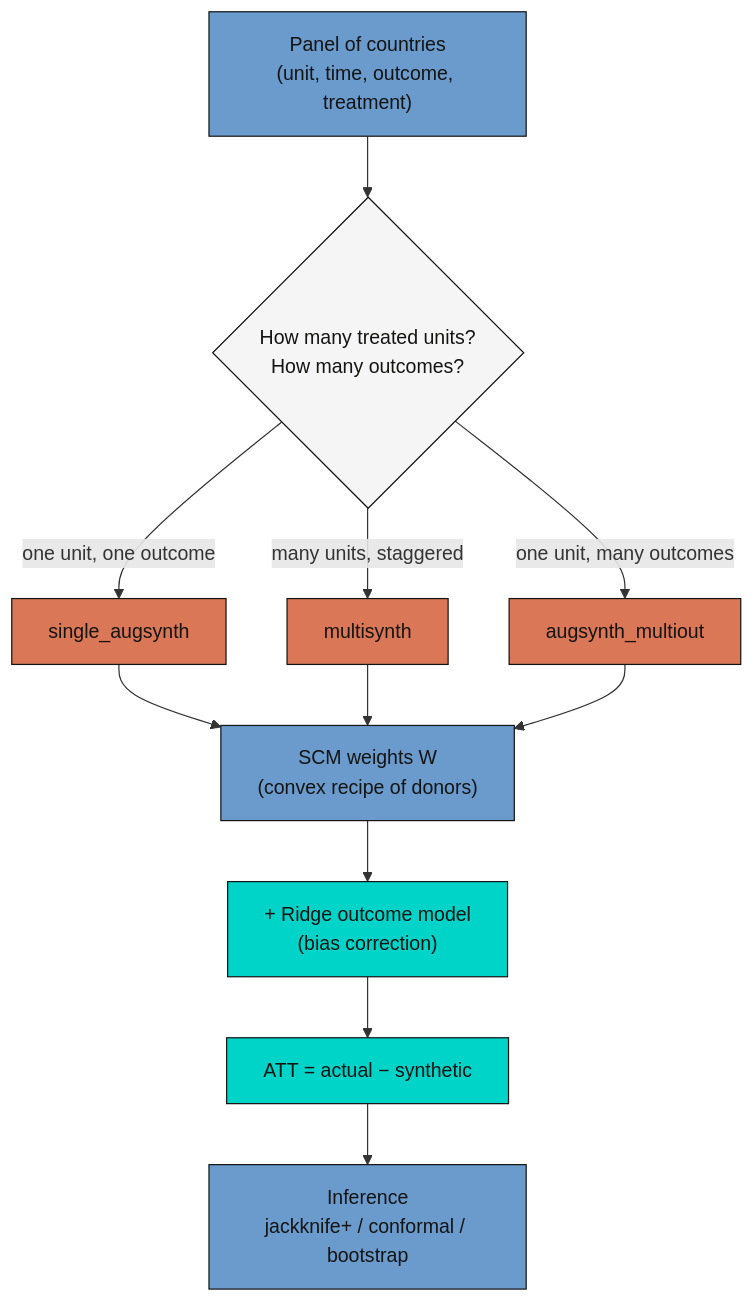
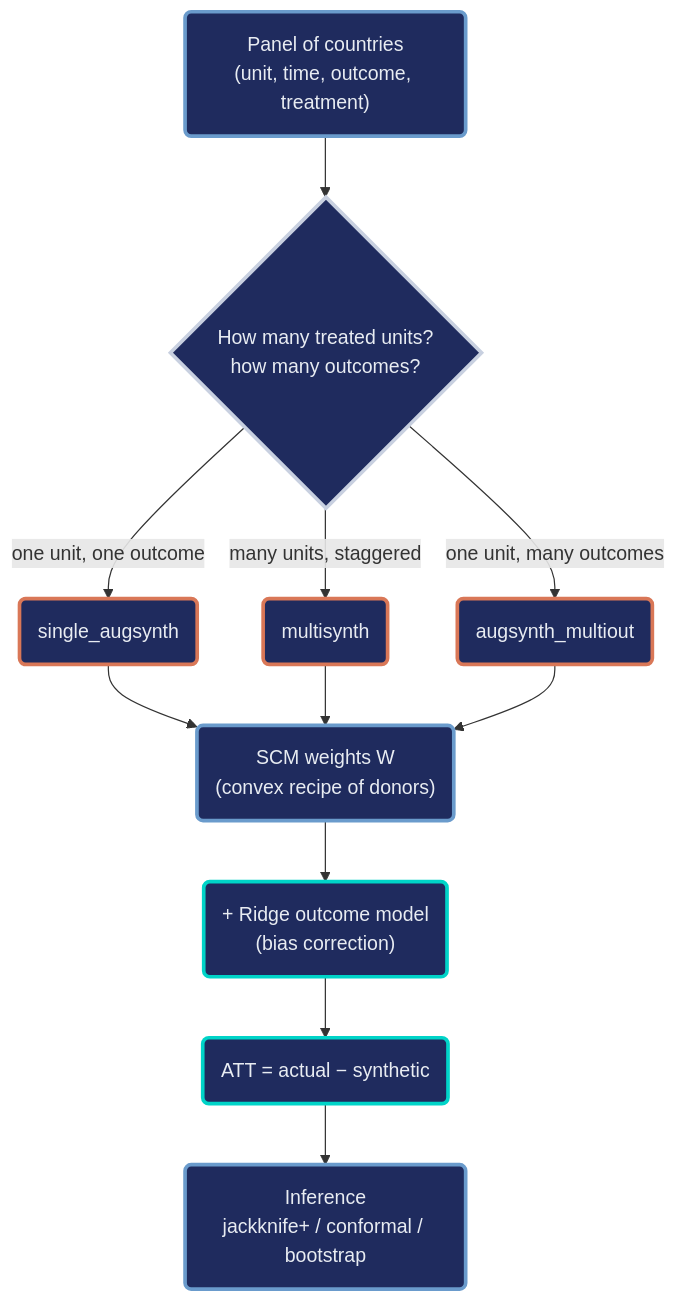
The diagram in content/post/r_sc_multi_country/index.md (cmg777/starter-academic-v501), drawn with Mermaid before and after one commit. The commit also changed 13 other files, not shown here.

First line of the commit message:
content(mermaid): restyle flowcharts in R posts

````diff
--- a/content/post/r_sc_multi_country/index.md
+++ b/content/post/r_sc_multi_country/index.md
@@ -121,23 +121,21 @@
 ```mermaid
 flowchart TD
-    P["Panel of countries<br/>(unit, time, outcome, treatment)"] --> D{"How many treated units?<br/>How many outcomes?"}
-    D -->|one unit, one outcome| S["single_augsynth"]
-    D -->|many units, staggered| M["multisynth"]
-    D -->|one unit, many outcomes| O["augsynth_multiout"]
-    S --> W["SCM weights W<br/>(convex recipe of donors)"]
+    P("Panel of countries<br/>(unit, time, outcome, treatment)") --> D{"How many treated units?<br/>how many outcomes?"}
+    D -->|one unit, one outcome| S("single_augsynth")
+    D -->|many units, staggered| M("multisynth")
+    D -->|one unit, many outcomes| O("augsynth_multiout")
+    S --> W("SCM weights W<br/>(convex recipe of donors)")
     M --> W
     O --> W
-    W --> R["+ Ridge outcome model<br/>(bias correction)"]
-    R --> A["ATT = actual − synthetic"]
-    A --> I["Inference<br/>jackknife+ / conformal / bootstrap"]
-    style P fill:#6a9bcc,stroke:#141413,color:#141413
-    classDef sty_D fill:#f5f5f5,stroke:#141413,color:#141413
+    W --> R("+ Ridge outcome model<br/>(bias correction)")
+    R --> A("ATT = actual − synthetic")
+    A --> I("Inference<br/>jackknife+ / conformal / bootstrap")
+    classDef sty_D fill:#1f2b5e,stroke:#c8d0e0,stroke-width:3px,color:#e8ecf2
     class D sty_D
-    style S fill:#d97757,stroke:#141413,color:#141413
-    style M fill:#d97757,stroke:#141413,color:#141413
-    style O fill:#d97757,stroke:#141413,color:#141413
-    style W fill:#6a9bcc,stroke:#141413,color:#141413
-    style R fill:#00d4c8,stroke:#141413,color:#141413
-    style A fill:#00d4c8,stroke:#141413,color:#141413
-    style I fill:#6a9bcc,stroke:#141413,color:#141413
+    classDef blue fill:#1f2b5e,stroke:#6a9bcc,stroke-width:3px,color:#e8ecf2
+    classDef orange fill:#1f2b5e,stroke:#d97757,stroke-width:3px,color:#e8ecf2
+    classDef teal fill:#1f2b5e,stroke:#00d4c8,stroke-width:3px,color:#e8ecf2
+    class P,W,I blue
+    class S,M,O orange
+    class R,A teal
 ```
````
